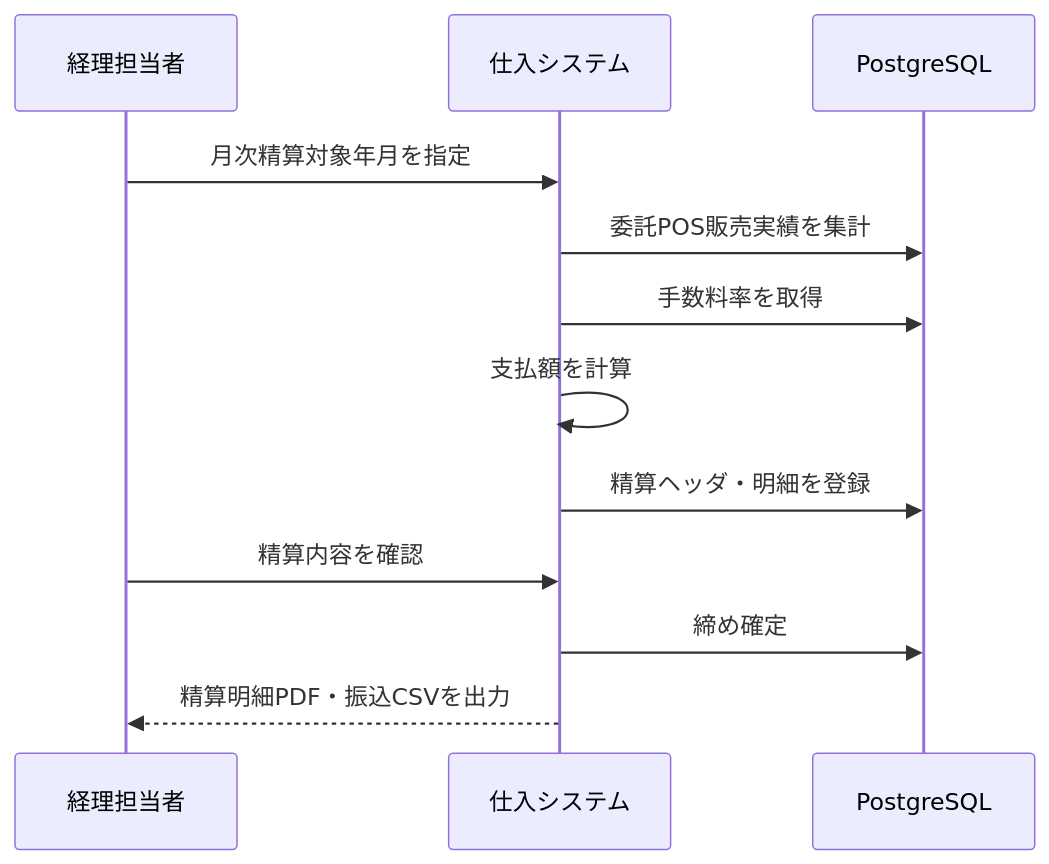
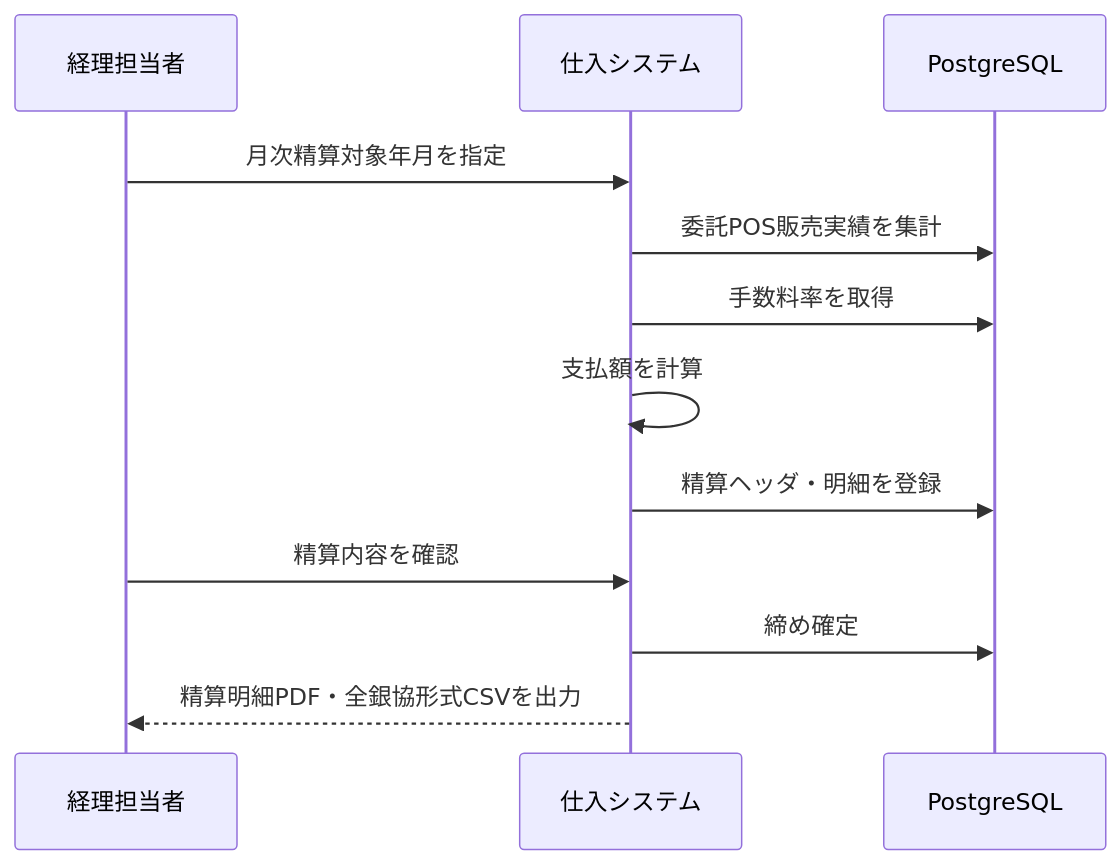
The fifth of 7 diagrams in Docs/基本設計/仕入システム_基本設計書.md (KoukiKimura/JASuppliers), drawn with Mermaid before and after one commit. The commit also changed other lines of this file and 2 other files, not shown here.

````diff
--- a/Docs/基本設計/仕入システム_基本設計書.md
+++ b/Docs/基本設計/仕入システム_基本設計書.md
@@ -380,14 +400,14 @@
 ```mermaid
 sequenceDiagram
     participant Staff as 経理担当者
     participant App as 仕入システム
     participant DB as PostgreSQL
     Staff->>App: 月次精算対象年月を指定
     App->>DB: 委託POS販売実績を集計
     App->>DB: 手数料率を取得
     App->>App: 支払額を計算
     App->>DB: 精算ヘッダ・明細を登録
     Staff->>App: 精算内容を確認
     App->>DB: 締め確定
-    App-->>Staff: 精算明細PDF・振込CSVを出力
+    App-->>Staff: 精算明細PDF・全銀協形式CSVを出力
 ```
````
